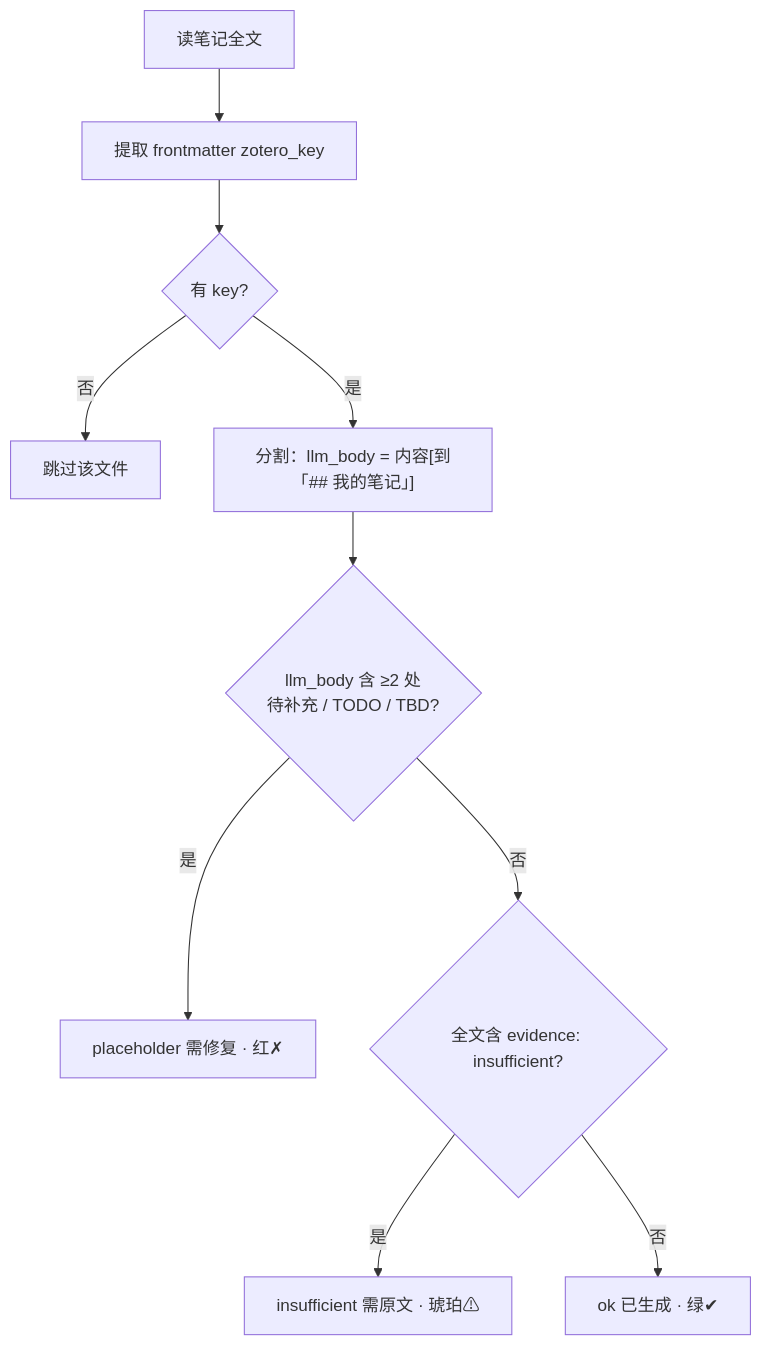
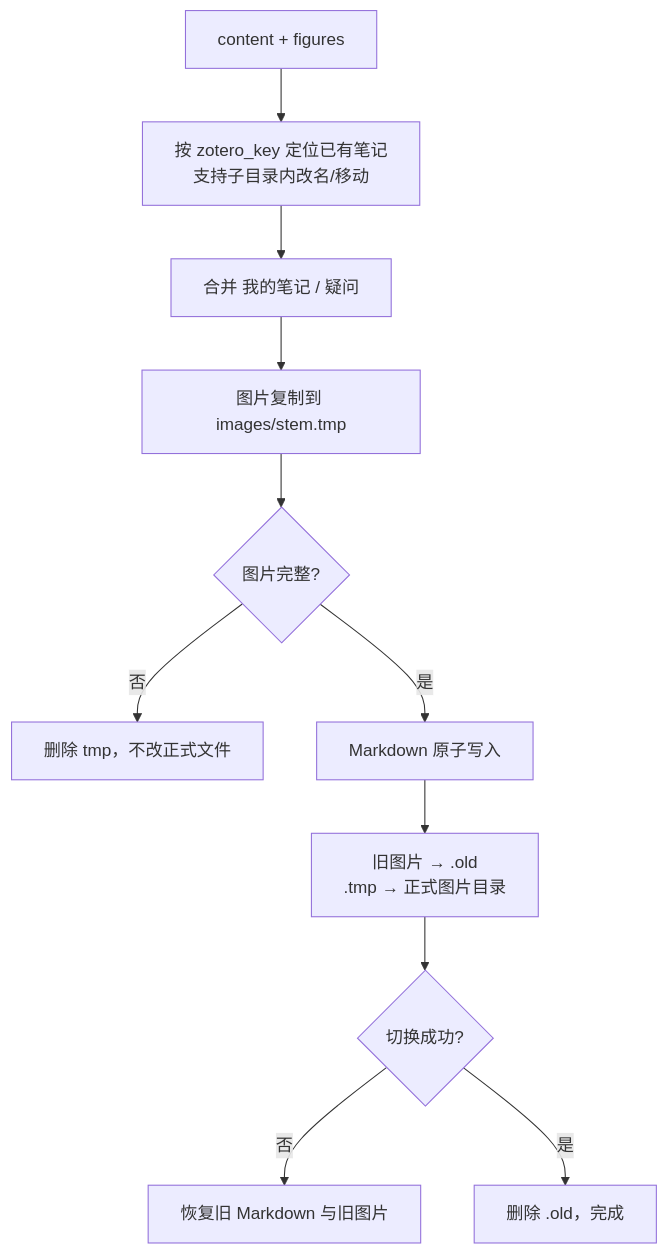
One commit to S0gn-G/ZOTERO-OBS changed the fourth of 4 diagrams in 架构流程图.md. Above: the diagram before and after it, drawn with Mermaid. The commit also changed other lines of this file and 18 other files, not shown here.

````diff
--- a/架构流程图.md
+++ b/架构流程图.md
@@ -126,12 +69,13 @@
 ```mermaid
 flowchart TD
-    A["读笔记全文"] --> B["提取 frontmatter zotero_key"]
-    B --> C{"有 key?"}
-    C -- 否 --> D["跳过该文件"]
-    C -- 是 --> E["分割：llm_body = 内容[到「## 我的笔记」]"]
-    E --> F{"llm_body 含 ≥2 处<br/>待补充 / TODO / TBD?"}
-    F -- 是 --> G["placeholder 需修复 · 红✗"]
-    F -- 否 --> H{"全文含 evidence: insufficient?"}
-    H -- 是 --> I["insufficient 需原文 · 琥珀⚠"]
-    H -- 否 --> J["ok 已生成 · 绿✔"]
+    A["content + figures"] --> B["按 zotero_key 定位已有笔记<br/>支持子目录内改名/移动"]
+    B --> C["合并 我的笔记 / 疑问"]
+    C --> D["图片复制到 images/stem.tmp"]
+    D --> E{"图片完整?"}
+    E -- 否 --> X["删除 tmp，不改正式文件"]
+    E -- 是 --> F["Markdown 原子写入"]
+    F --> G["旧图片 → .old<br/>.tmp → 正式图片目录"]
+    G --> H{"切换成功?"}
+    H -- 否 --> I["恢复旧 Markdown 与旧图片"]
+    H -- 是 --> J["删除 .old，完成"]
 ```
````
